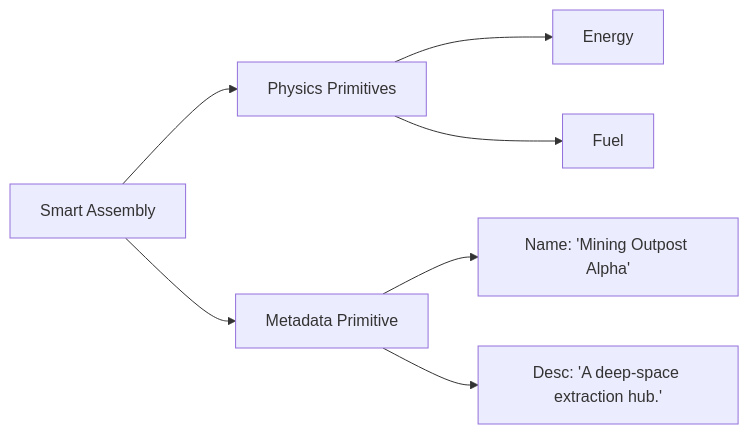
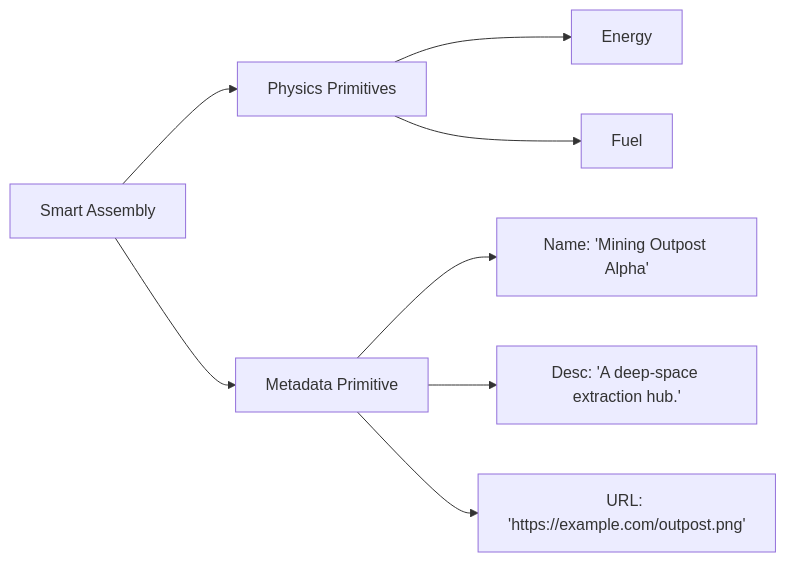
One commit to Scetrov/frontier.scetrov.live changed the second of 2 diagrams in content/develop/world-contracts/primitives/metadata.move.md. Above: the diagram before and after it, drawn with Mermaid. The commit also changed other lines of this file and 15 other files, not shown here.

````diff
--- a/content/develop/world-contracts/primitives/metadata.move.md
+++ b/content/develop/world-contracts/primitives/metadata.move.md
@@ -37,10 +41,11 @@
 ```mermaid
 flowchart LR
     Assembly[Smart Assembly] --> Physics[Physics Primitives]
     Assembly --> Meta[Metadata Primitive]
     Physics --> P1[Energy]
     Physics --> P2[Fuel]
     Meta --> M1[Name: 'Mining Outpost Alpha']
     Meta --> M2[Desc: 'A deep-space extraction hub.']
+    Meta --> M3[URL: 'https://example.com/outpost.png']
 
 ```
````
